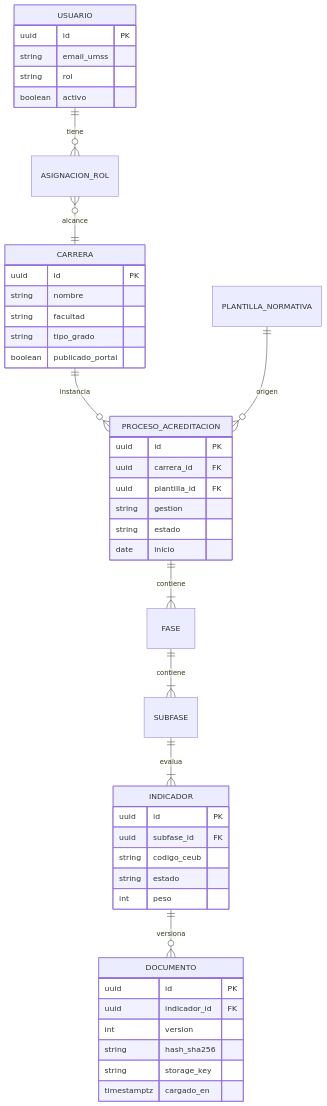
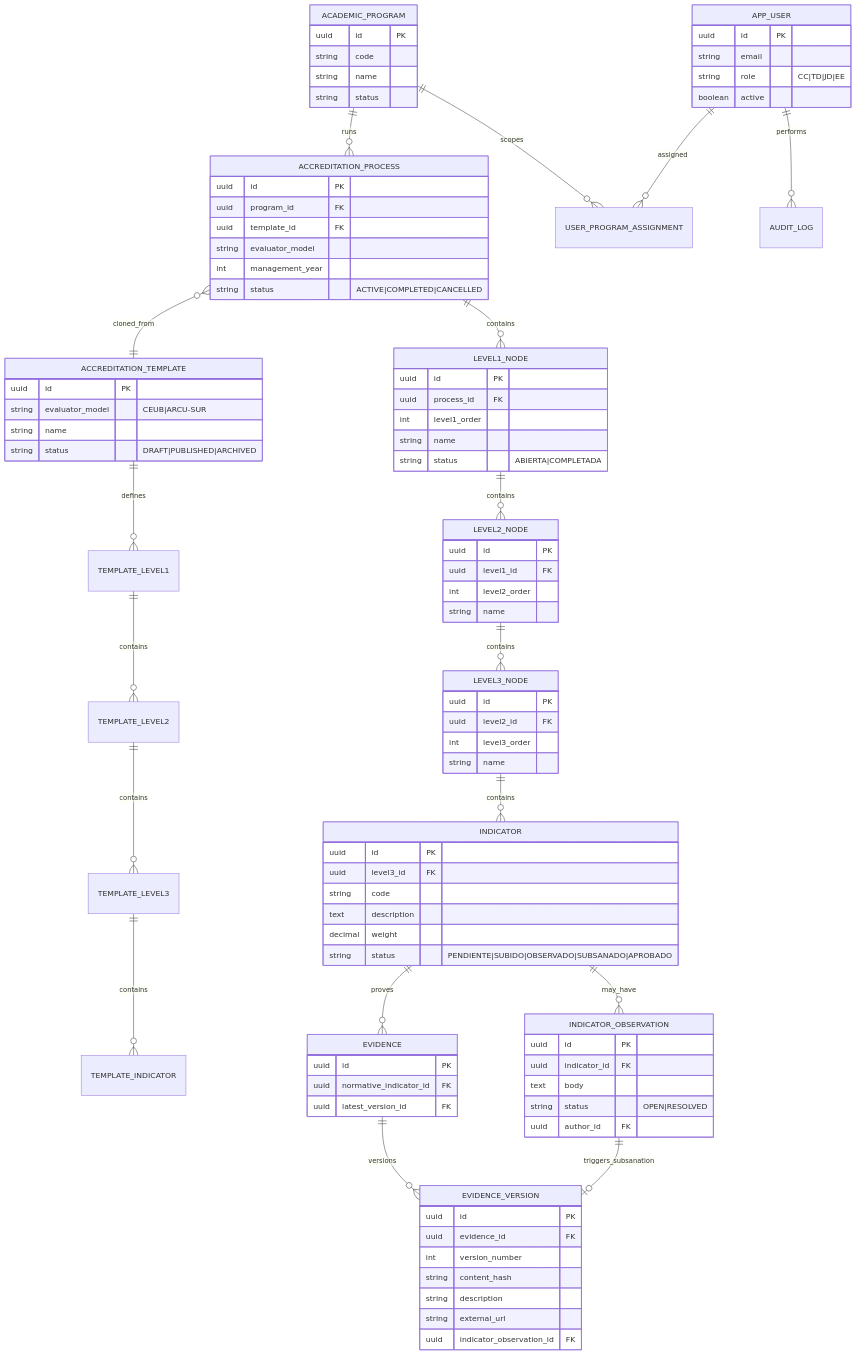
One commit to AcredIA-UMSS/sigesa-acreditacion-umss changed the diagram in docs/product/diagramas/MAR-ER-001-modelo-datos-nucleo.mmd. Above: the diagram before and after it, drawn with Mermaid. The commit also changed 103 other files, not shown here.

```diff
--- a/docs/product/diagramas/MAR-ER-001-modelo-datos-nucleo.mmd
+++ b/docs/product/diagramas/MAR-ER-001-modelo-datos-nucleo.mmd
@@ -1,52 +1,107 @@
 %% diagramId: MAR-ER-001
-%% fsdTrace: team/Marlene/04_fsd/FSD.md seccion 6 modelo datos
+%% version: v2.0 (post-M5)
+%% fsdTrace: docs/product/modelo_datos.md §2
+%% adrTrace: ADR-0004, ADR-0005 (evaluación — núcleo implementado)
 erDiagram
-    CARRERA ||--o{ PROCESO_ACREDITACION : instancia
-    PROCESO_ACREDITACION ||--|{ FASE : contiene
-    FASE ||--|{ SUBFASE : contiene
-    SUBFASE ||--|{ INDICADOR : evalua
-    INDICADOR ||--o{ DOCUMENTO : versiona
-    USUARIO ||--o{ ASIGNACION_ROL : tiene
-    ASIGNACION_ROL }o--|| CARRERA : alcance
-    PLANTILLA_NORMATIVA ||--o{ PROCESO_ACREDITACION : origen
+    ACADEMIC_PROGRAM ||--o{ ACCREDITATION_PROCESS : runs
+    ACCREDITATION_TEMPLATE ||--o{ TEMPLATE_LEVEL1 : defines
+    TEMPLATE_LEVEL1 ||--o{ TEMPLATE_LEVEL2 : contains
+    TEMPLATE_LEVEL2 ||--o{ TEMPLATE_LEVEL3 : contains
+    TEMPLATE_LEVEL3 ||--o{ TEMPLATE_INDICATOR : contains
+    ACCREDITATION_PROCESS }o--|| ACCREDITATION_TEMPLATE : cloned_from
+    ACCREDITATION_PROCESS ||--o{ LEVEL1_NODE : contains
+    LEVEL1_NODE ||--o{ LEVEL2_NODE : contains
+    LEVEL2_NODE ||--o{ LEVEL3_NODE : contains
+    LEVEL3_NODE ||--o{ INDICATOR : contains
+    INDICATOR ||--o{ EVIDENCE : proves
+    INDICATOR ||--o{ INDICATOR_OBSERVATION : may_have
+    EVIDENCE ||--o{ EVIDENCE_VERSION : versions
+    INDICATOR_OBSERVATION ||--o| EVIDENCE_VERSION : triggers_subsanation
+    APP_USER ||--o{ USER_PROGRAM_ASSIGNMENT : assigned
+    ACADEMIC_PROGRAM ||--o{ USER_PROGRAM_ASSIGNMENT : scopes
+    APP_USER ||--o{ AUDIT_LOG : performs
 
-    CARRERA {
+    ACADEMIC_PROGRAM {
         uuid id PK
-        string nombre
-        string facultad
-        string tipo_grado
-        boolean publicado_portal
+        string code
+        string name
+        string status
     }
 
-    PROCESO_ACREDITACION {
+    ACCREDITATION_TEMPLATE {
         uuid id PK
-        uuid carrera_id FK
-        uuid plantilla_id FK
-        string gestion
-        string estado
-        date inicio
+        string evaluator_model "CEUB|ARCU-SUR"
+        string name
+        string status "DRAFT|PUBLISHED|ARCHIVED"
     }
 
-    INDICADOR {
+    ACCREDITATION_PROCESS {
         uuid id PK
-        uuid subfase_id FK
-        string codigo_ceub
-        string estado
-        int peso
+        uuid program_id FK
+        uuid template_id FK
+        string evaluator_model
+        int management_year
+        string status "ACTIVE|COMPLETED|CANCELLED"
     }
 
-    DOCUMENTO {
+    LEVEL1_NODE {
         uuid id PK
-        uuid indicador_id FK
-        int version
-        string hash_sha256
-        string storage_key
-        timestamptz cargado_en
+        uuid process_id FK
+        int level1_order
+        string name
+        string status "ABIERTA|COMPLETADA"
     }
 
-    USUARIO {
+    LEVEL2_NODE {
         uuid id PK
-        string email_umss
-        string rol
-        boolean activo
+        uuid level1_id FK
+        int level2_order
+        string name
     }
+
+    LEVEL3_NODE {
+        uuid id PK
+        uuid level2_id FK
+        int level3_order
+        string name
+    }
+
+    INDICATOR {
+        uuid id PK
+        uuid level3_id FK
+        string code
+        text description
+        decimal weight
+        string status "PENDIENTE|SUBIDO|OBSERVADO|SUBSANADO|APROBADO"
+    }
+
+    EVIDENCE {
+        uuid id PK
+        uuid normative_indicator_id FK
+        uuid latest_version_id FK
+    }
+
+    EVIDENCE_VERSION {
+        uuid id PK
+        uuid evidence_id FK
+        int version_number
+        string content_hash
+        string description
+        string external_url
+        uuid indicator_observation_id FK
+    }
+
+    INDICATOR_OBSERVATION {
+        uuid id PK
+        uuid indicator_id FK
+        text body
+        string status "OPEN|RESOLVED"
+        uuid author_id FK
+    }
+
+    APP_USER {
+        uuid id PK
+        string email
+        string role "CC|TD|JD|EE"
+        boolean active
+    }
```
